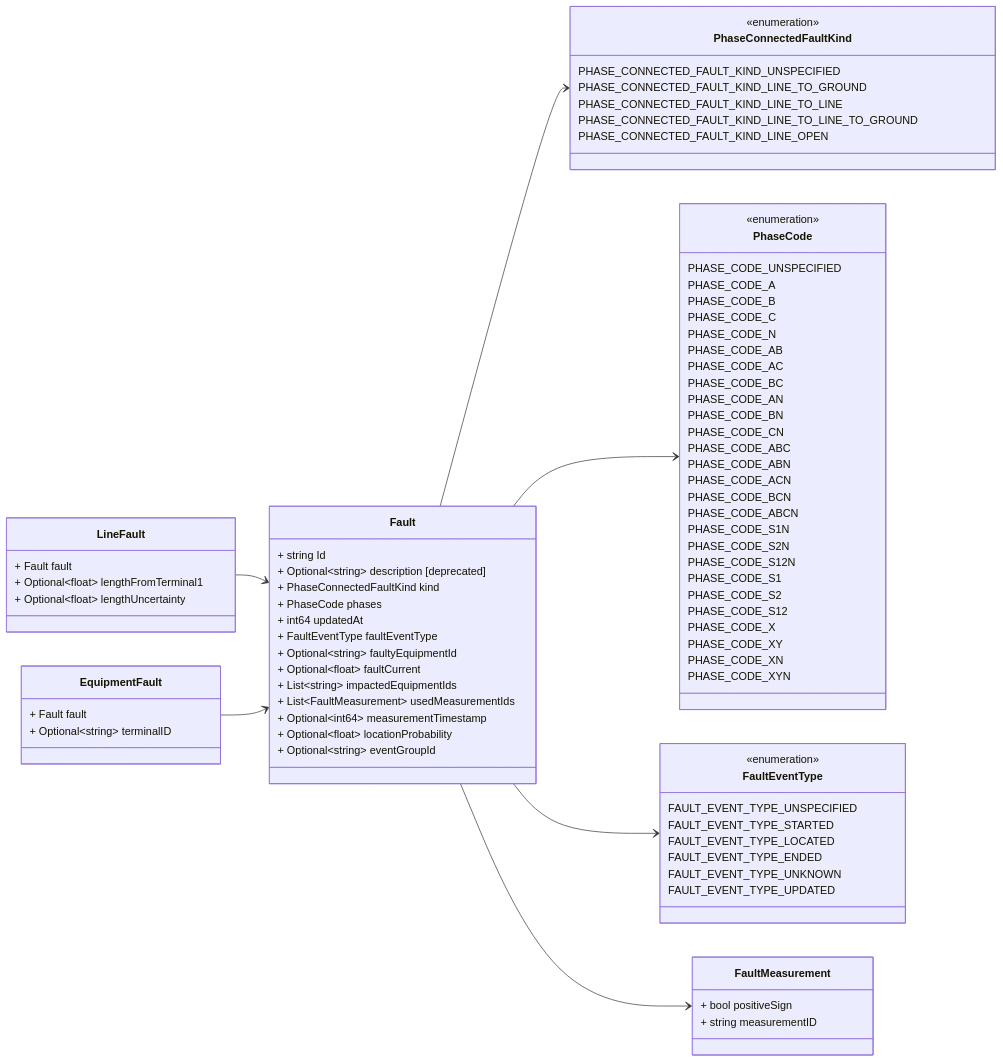
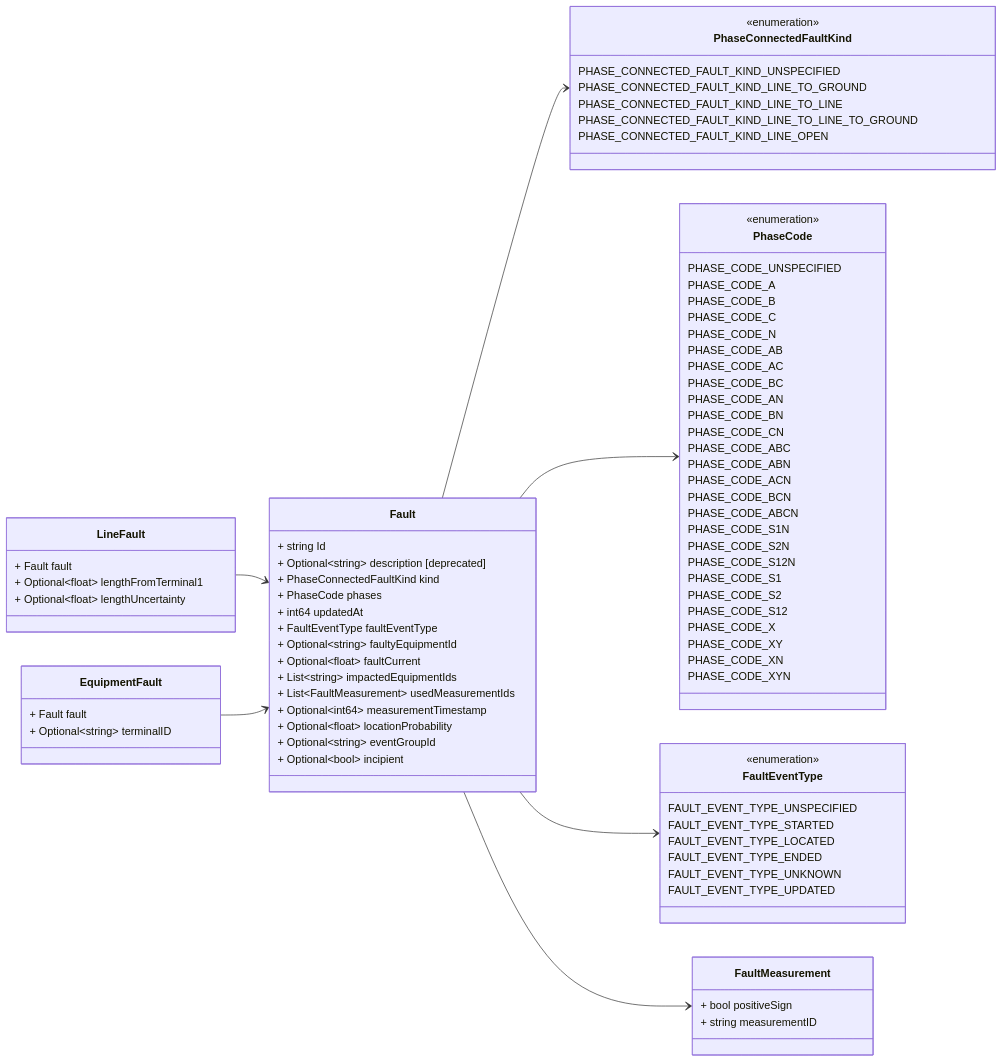
One commit to zaphiro-technologies/protobuf changed the first of 8 diagrams in docs/data_format/grid/v1/fault.proto.md. Above: the diagram before and after it, drawn with Mermaid. The commit also changed other lines of this file and 6 other files, not shown here.

Commit message:
Add optional incipient field to fault messages

```diff
--- a/docs/data_format/grid/v1/fault.proto.md
+++ b/docs/data_format/grid/v1/fault.proto.md
@@ -74,6 +74,7 @@
   + Optional~int64~ measurementTimestamp
   + Optional~float~ locationProbability
   + Optional~string~ eventGroupId
+  + Optional~bool~ incipient
 }
 Fault --> `PhaseConnectedFaultKind`
 Fault --> `PhaseCode`
```
